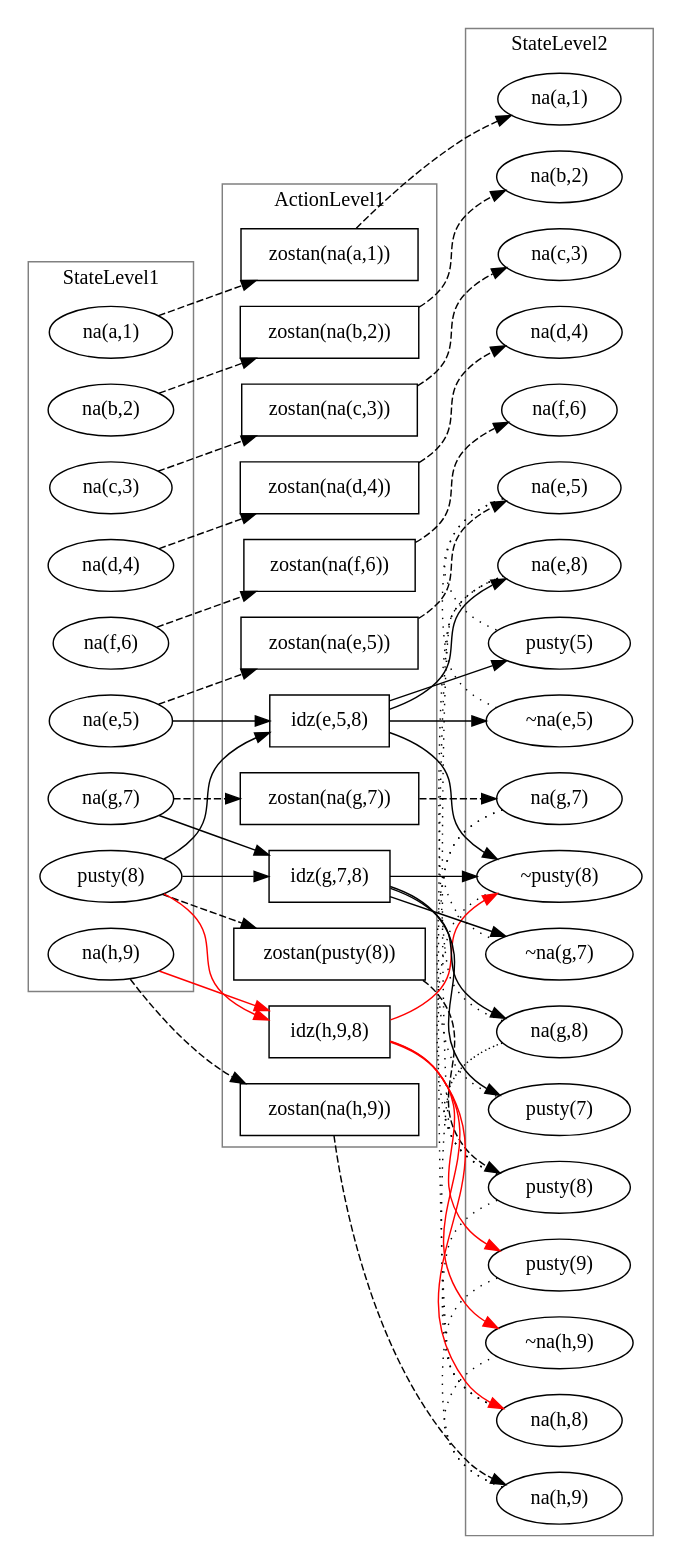
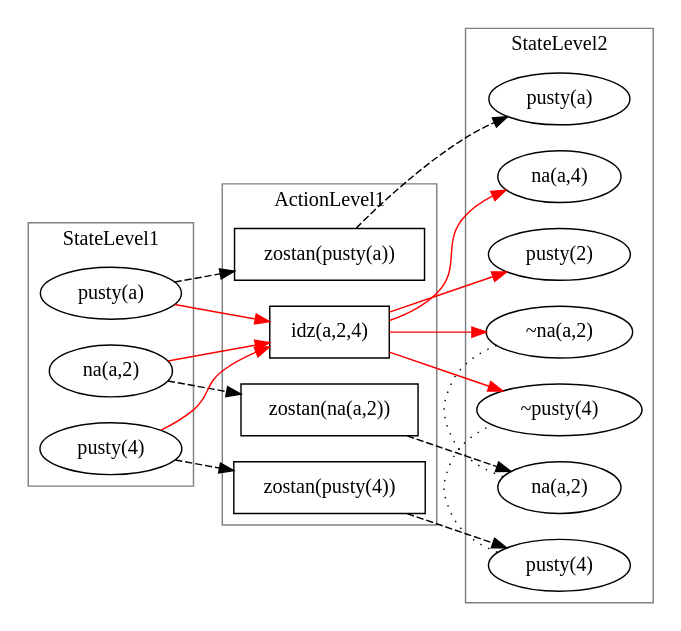
Before and after one commit to 41761707/Inzynierka: the diagram in Inzynierka/sources/FULL_GRAPHPLAN.gv, drawn with Graphviz. The commit also changed 13 other files, not shown here.

```diff
--- a/Inzynierka/sources/FULL_GRAPHPLAN.gv
+++ b/Inzynierka/sources/FULL_GRAPHPLAN.gv
@@ -1,105 +1,45 @@
 digraph G {
 	subgraph cluster_StateLevel1 {
 		color=gray
 		label=StateLevel1
-		"na(a,1)1" [label="na(a,1)" shape=oval]
-		"na(b,2)1" [label="na(b,2)" shape=oval]
-		"na(c,3)1" [label="na(c,3)" shape=oval]
-		"na(d,4)1" [label="na(d,4)" shape=oval]
-		"na(e,5)1" [label="na(e,5)" shape=oval]
-		"na(f,6)1" [label="na(f,6)" shape=oval]
-		"na(g,7)1" [label="na(g,7)" shape=oval]
-		"pusty(8)1" [label="pusty(8)" shape=oval]
-		"na(h,9)1" [label="na(h,9)" shape=oval]
+		"pusty(a)1" [label="pusty(a)" shape=oval]
+		"na(a,2)1" [label="na(a,2)" shape=oval]
+		"pusty(4)1" [label="pusty(4)" shape=oval]
 	}
-	"na(e,5)2" -> "pusty(5)2" [arrowhead=none constraint=false style=dotted]
-	"na(e,5)2" -> "~na(e,5)2" [arrowhead=none constraint=false style=dotted]
-	"na(g,7)2" -> "pusty(7)2" [arrowhead=none constraint=false style=dotted]
-	"na(g,7)2" -> "~na(g,7)2" [arrowhead=none constraint=false style=dotted]
-	"na(g,8)2" -> "na(e,8)2" [arrowhead=none constraint=false style=dotted]
-	"na(h,8)2" -> "na(e,8)2" [arrowhead=none constraint=false style=dotted]
-	"na(h,8)2" -> "na(g,8)2" [arrowhead=none constraint=false style=dotted]
-	"na(h,9)2" -> "pusty(9)2" [arrowhead=none constraint=false style=dotted]
-	"na(h,9)2" -> "~na(h,9)2" [arrowhead=none constraint=false style=dotted]
-	"pusty(8)2" -> "na(e,8)2" [arrowhead=none constraint=false style=dotted]
-	"pusty(8)2" -> "na(g,8)2" [arrowhead=none constraint=false style=dotted]
-	"pusty(8)2" -> "na(h,8)2" [arrowhead=none constraint=false style=dotted]
-	"pusty(8)2" -> "~pusty(8)2" [arrowhead=none constraint=false style=dotted]
+	"na(a,2)2" -> "~na(a,2)2" [arrowhead=none constraint=false style=dotted]
+	"pusty(4)2" -> "~pusty(4)2" [arrowhead=none constraint=false style=dotted]
 	subgraph cluster_ActionLevel1 {
 		color=gray
 		label=ActionLevel1
-		"zostan(na(h,9))1" [label="zostan(na(h,9))" shape=box]
-		"zostan(pusty(8))1" [label="zostan(pusty(8))" shape=box]
-		"zostan(na(g,7))1" [label="zostan(na(g,7))" shape=box]
-		"zostan(na(f,6))1" [label="zostan(na(f,6))" shape=box]
-		"zostan(na(e,5))1" [label="zostan(na(e,5))" shape=box]
-		"zostan(na(d,4))1" [label="zostan(na(d,4))" shape=box]
-		"zostan(na(c,3))1" [label="zostan(na(c,3))" shape=box]
-		"zostan(na(b,2))1" [label="zostan(na(b,2))" shape=box]
-		"zostan(na(a,1))1" [label="zostan(na(a,1))" shape=box]
-		"idz(h,9,8)1" [label="idz(h,9,8)" shape=box]
-		"idz(g,7,8)1" [label="idz(g,7,8)" shape=box]
-		"idz(e,5,8)1" [label="idz(e,5,8)" shape=box]
-		"zostan(na(a,1))1" [label="zostan(na(a,1))" shape=box]
+		"zostan(pusty(4))1" [label="zostan(pusty(4))" shape=box]
+		"zostan(na(a,2))1" [label="zostan(na(a,2))" shape=box]
+		"zostan(pusty(a))1" [label="zostan(pusty(a))" shape=box]
+		"idz(a,2,4)1" [label="idz(a,2,4)" shape=box]
+		"zostan(pusty(a))1" [label="zostan(pusty(a))" shape=box]
 	}
 	subgraph cluster_StateLevel2 {
 		color=gray
 		label=StateLevel2
-		"na(h,9)2" [label="na(h,9)" shape=oval]
-		"pusty(8)2" [label="pusty(8)" shape=oval]
-		"na(g,7)2" [label="na(g,7)" shape=oval]
-		"na(f,6)2" [label="na(f,6)" shape=oval]
-		"na(e,5)2" [label="na(e,5)" shape=oval]
-		"na(d,4)2" [label="na(d,4)" shape=oval]
-		"na(c,3)2" [label="na(c,3)" shape=oval]
-		"na(b,2)2" [label="na(b,2)" shape=oval]
-		"na(a,1)2" [label="na(a,1)" shape=oval]
-		"~pusty(8)2" [label="~pusty(8)" shape=oval]
-		"~na(h,9)2" [label="~na(h,9)" shape=oval]
-		"pusty(9)2" [label="pusty(9)" shape=oval]
-		"na(h,8)2" [label="na(h,8)" shape=oval]
-		"~na(g,7)2" [label="~na(g,7)" shape=oval]
-		"pusty(7)2" [label="pusty(7)" shape=oval]
-		"na(g,8)2" [label="na(g,8)" shape=oval]
-		"~na(e,5)2" [label="~na(e,5)" shape=oval]
-		"pusty(5)2" [label="pusty(5)" shape=oval]
-		"na(e,8)2" [label="na(e,8)" shape=oval]
+		"pusty(4)2" [label="pusty(4)" shape=oval]
+		"na(a,2)2" [label="na(a,2)" shape=oval]
+		"pusty(a)2" [label="pusty(a)" shape=oval]
+		"~pusty(4)2" [label="~pusty(4)" shape=oval]
+		"~na(a,2)2" [label="~na(a,2)" shape=oval]
+		"pusty(2)2" [label="pusty(2)" shape=oval]
+		"na(a,4)2" [label="na(a,4)" shape=oval]
 	}
-	"na(a,1)1" -> "zostan(na(a,1))1" [style=dashed]
-	"zostan(na(a,1))1" -> "na(a,1)2" [style=dashed]
-	"na(e,5)1" -> "idz(e,5,8)1"
-	"pusty(8)1" -> "idz(e,5,8)1"
-	"idz(e,5,8)1" -> "na(e,8)2"
-	"idz(e,5,8)1" -> "pusty(5)2"
-	"idz(e,5,8)1" -> "~na(e,5)2"
-	"idz(e,5,8)1" -> "~pusty(8)2"
-	"na(g,7)1" -> "idz(g,7,8)1"
-	"pusty(8)1" -> "idz(g,7,8)1"
-	"idz(g,7,8)1" -> "na(g,8)2"
-	"idz(g,7,8)1" -> "pusty(7)2"
-	"idz(g,7,8)1" -> "~na(g,7)2"
-	"idz(g,7,8)1" -> "~pusty(8)2"
-	"na(h,9)1" -> "idz(h,9,8)1" [color=red]
-	"pusty(8)1" -> "idz(h,9,8)1" [color=red]
-	"idz(h,9,8)1" -> "na(h,8)2" [color=red]
-	"idz(h,9,8)1" -> "pusty(9)2" [color=red]
-	"idz(h,9,8)1" -> "~na(h,9)2" [color=red]
-	"idz(h,9,8)1" -> "~pusty(8)2" [color=red]
-	"na(b,2)1" -> "zostan(na(b,2))1" [style=dashed]
-	"zostan(na(b,2))1" -> "na(b,2)2" [style=dashed]
-	"na(c,3)1" -> "zostan(na(c,3))1" [style=dashed]
-	"zostan(na(c,3))1" -> "na(c,3)2" [style=dashed]
-	"na(d,4)1" -> "zostan(na(d,4))1" [style=dashed]
-	"zostan(na(d,4))1" -> "na(d,4)2" [style=dashed]
-	"na(e,5)1" -> "zostan(na(e,5))1" [style=dashed]
-	"zostan(na(e,5))1" -> "na(e,5)2" [style=dashed]
-	"na(f,6)1" -> "zostan(na(f,6))1" [style=dashed]
-	"zostan(na(f,6))1" -> "na(f,6)2" [style=dashed]
-	"na(g,7)1" -> "zostan(na(g,7))1" [style=dashed]
-	"zostan(na(g,7))1" -> "na(g,7)2" [style=dashed]
-	"pusty(8)1" -> "zostan(pusty(8))1" [style=dashed]
-	"zostan(pusty(8))1" -> "pusty(8)2" [style=dashed]
-	"na(h,9)1" -> "zostan(na(h,9))1" [style=dashed]
-	"zostan(na(h,9))1" -> "na(h,9)2" [style=dashed]
+	"pusty(a)1" -> "zostan(pusty(a))1" [style=dashed]
+	"zostan(pusty(a))1" -> "pusty(a)2" [style=dashed]
+	"pusty(a)1" -> "idz(a,2,4)1" [color=red]
+	"pusty(4)1" -> "idz(a,2,4)1" [color=red]
+	"na(a,2)1" -> "idz(a,2,4)1" [color=red]
+	"idz(a,2,4)1" -> "na(a,4)2" [color=red]
+	"idz(a,2,4)1" -> "pusty(2)2" [color=red]
+	"idz(a,2,4)1" -> "~na(a,2)2" [color=red]
+	"idz(a,2,4)1" -> "~pusty(4)2" [color=red]
+	"na(a,2)1" -> "zostan(na(a,2))1" [style=dashed]
+	"zostan(na(a,2))1" -> "na(a,2)2" [style=dashed]
+	"pusty(4)1" -> "zostan(pusty(4))1" [style=dashed]
+	"zostan(pusty(4))1" -> "pusty(4)2" [style=dashed]
 	rankdir=LR
 }
```
